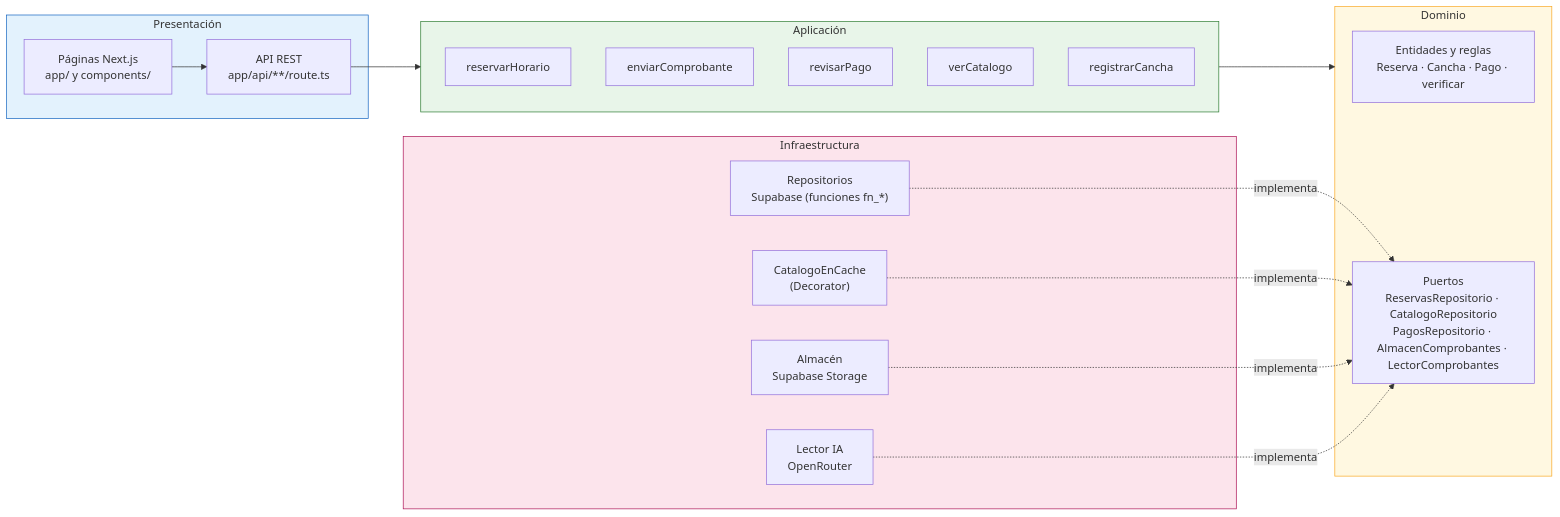
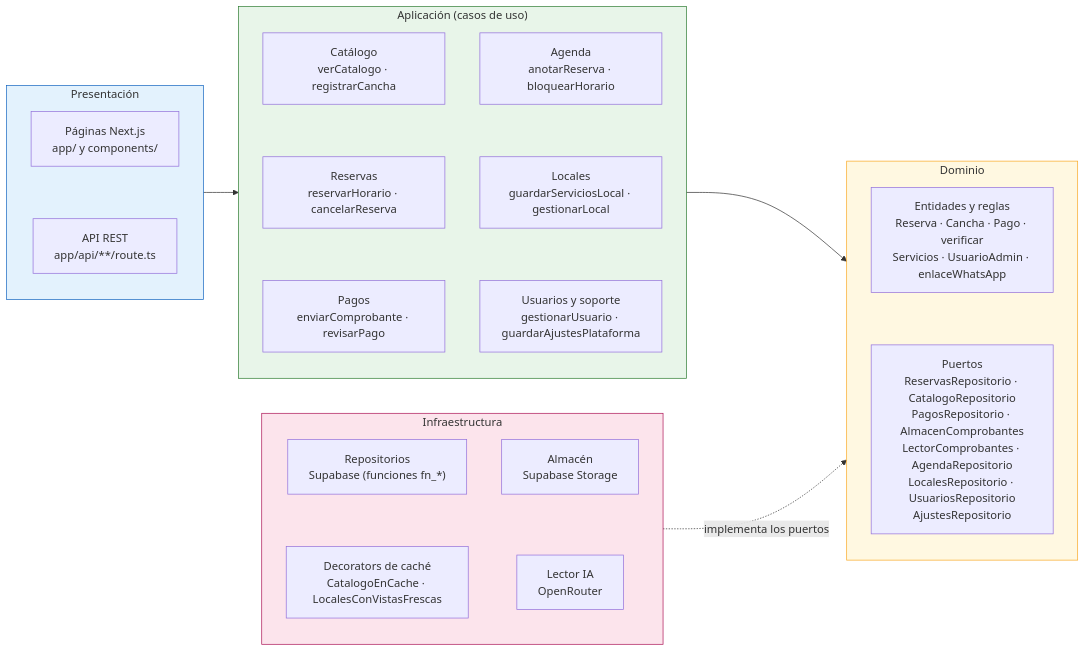
Before and after one commit to edhtsprado27-bit/ReservaYa-Ayacucho: the diagram in img/fuentes-svg/componentes.mmd, drawn with Mermaid. The commit also changed 24 other files, not shown here.

Commit message:
docs: actualizar análisis, arquitectura y C4 con WhatsApp, servicios y usuarios

```diff
--- a/img/fuentes-svg/componentes.mmd
+++ b/img/fuentes-svg/componentes.mmd
@@ -1,34 +1,42 @@
 flowchart LR
     subgraph pres["Presentación"]
+        direction TB
         web["Páginas Next.js<br/>app/ y components/"]
         rest["API REST<br/>app/api/**/route.ts"]
+        web ~~~ rest
     end
-    subgraph app["Aplicación"]
-        uc1["reservarHorario"]
-        uc2["enviarComprobante"]
-        uc3["revisarPago"]
-        uc4["verCatalogo"]
-        uc5["registrarCancha"]
+    subgraph app["Aplicación (casos de uso)"]
+        direction TB
+        uc1["Catálogo<br/>verCatalogo · registrarCancha"]
+        uc2["Reservas<br/>reservarHorario · cancelarReserva"]
+        uc3["Pagos<br/>enviarComprobante · revisarPago"]
+        uc4["Agenda<br/>anotarReserva · bloquearHorario"]
+        uc5["Locales<br/>guardarServiciosLocal · gestionarLocal"]
+        uc6["Usuarios y soporte<br/>gestionarUsuario · guardarAjustesPlataforma"]
+        uc1 ~~~ uc2 ~~~ uc3
+        uc4 ~~~ uc5 ~~~ uc6
     end
     subgraph dom["Dominio"]
-        ent["Entidades y reglas<br/>Reserva · Cancha · Pago · verificar"]
-        ports["Puertos<br/>ReservasRepositorio · CatalogoRepositorio<br/>PagosRepositorio · AlmacenComprobantes · LectorComprobantes"]
+        direction TB
+        ent["Entidades y reglas<br/>Reserva · Cancha · Pago · verificar<br/>Servicios · UsuarioAdmin · enlaceWhatsApp"]
+        ports["Puertos<br/>ReservasRepositorio · CatalogoRepositorio<br/>PagosRepositorio · AlmacenComprobantes<br/>LectorComprobantes · AgendaRepositorio<br/>LocalesRepositorio · UsuariosRepositorio<br/>AjustesRepositorio"]
+        ent ~~~ ports
     end
     subgraph infra["Infraestructura"]
+        direction TB
         pg["Repositorios<br/>Supabase (funciones fn_*)"]
-        ca["CatalogoEnCache<br/>(Decorator)"]
+        ca["Decorators de caché<br/>CatalogoEnCache · LocalesConVistasFrescas"]
         st["Almacén<br/>Supabase Storage"]
         or["Lector IA<br/>OpenRouter"]
+        pg ~~~ ca
+        st ~~~ or
     end
 
-    web --> rest --> app
+    pres --> app
     app --> dom
-    pg -.->|implementa| ports
-    ca -.->|implementa| ports
-    st -.->|implementa| ports
-    or -.->|implementa| ports
+    infra -. "implementa los puertos" .-> dom
 
     style pres fill:#e3f2fd,stroke:#1565c0
     style app fill:#e8f5e9,stroke:#2e7d32
     style dom fill:#fff8e1,stroke:#f9a825
     style infra fill:#fce4ec,stroke:#ad1457
```
